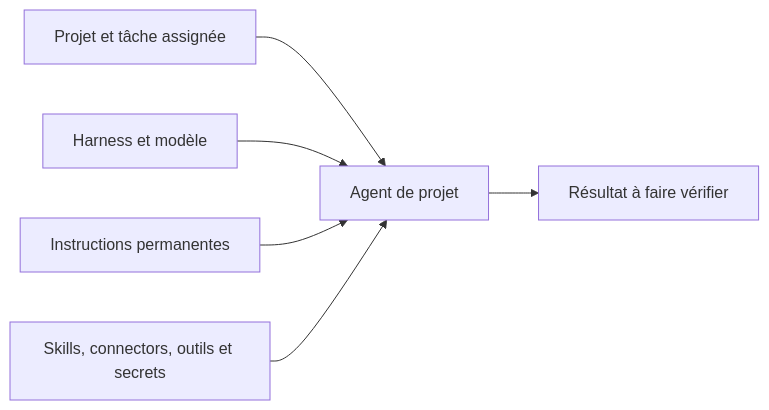
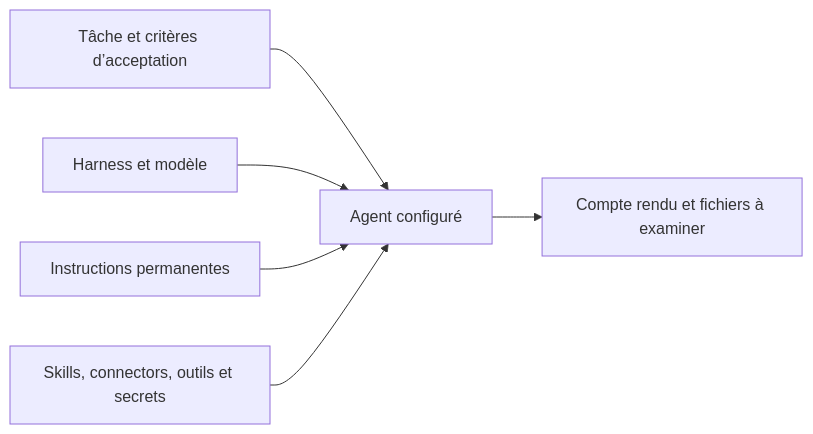
One commit to tale-project/tale changed the diagram in docs/fr/platform/agents/concepts.md. Above: the diagram before and after it, drawn with Mermaid. The commit also changed other lines of this file and 691 other files, not shown here.

````diff
--- a/docs/fr/platform/agents/concepts.md
+++ b/docs/fr/platform/agents/concepts.md
@@ -26,8 +37,8 @@
 ```mermaid
 flowchart LR
-    P[Projet et tâche assignée] --> A[Agent de projet]
+    P[Tâche et critères d’acceptation] --> A[Agent configuré]
     H[Harness et modèle] --> A
     I[Instructions permanentes] --> A
     E[Skills, connectors, outils et secrets] --> A
-    A --> R[Résultat à faire vérifier]
+    A --> R[Compte rendu et fichiers à examiner]
 ```
````
